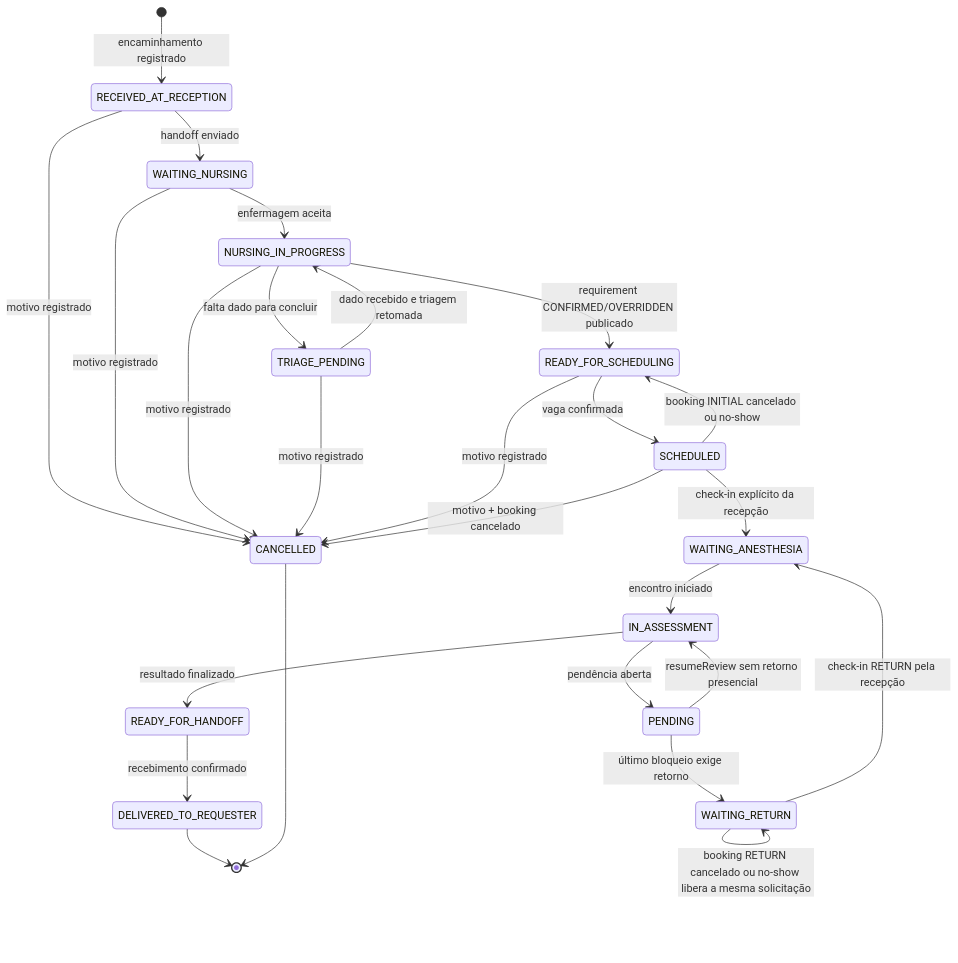
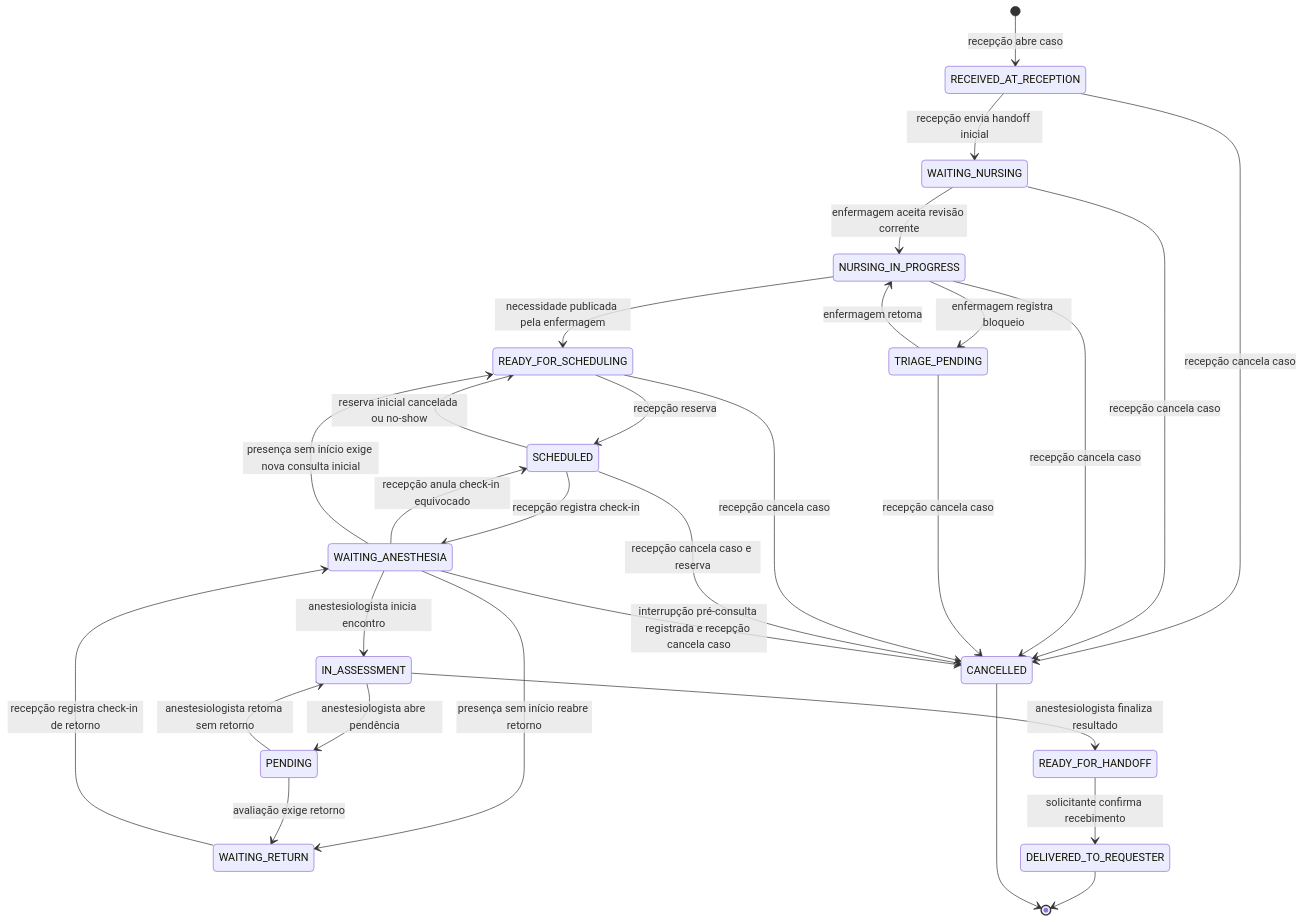
The diagram in hack/domains/ANALYST-caso-e-encaminhamento.md (nmarcofernandess/antessala), drawn with Mermaid before and after one commit. The commit also changed other lines of this file and 10 other files, not shown here.

````diff
--- a/hack/domains/ANALYST-caso-e-encaminhamento.md
+++ b/hack/domains/ANALYST-caso-e-encaminhamento.md
@@ -245,29 +299,31 @@
 ```mermaid
 stateDiagram-v2
-  [*] --> RECEIVED_AT_RECEPTION: encaminhamento registrado
-  RECEIVED_AT_RECEPTION --> WAITING_NURSING: handoff enviado
-  WAITING_NURSING --> NURSING_IN_PROGRESS: enfermagem aceita
-  NURSING_IN_PROGRESS --> TRIAGE_PENDING: falta dado para concluir
-  TRIAGE_PENDING --> NURSING_IN_PROGRESS: dado recebido e triagem retomada
-  NURSING_IN_PROGRESS --> READY_FOR_SCHEDULING: requirement CONFIRMED/OVERRIDDEN publicado
-  READY_FOR_SCHEDULING --> SCHEDULED: vaga confirmada
-  SCHEDULED --> READY_FOR_SCHEDULING: booking INITIAL cancelado ou no-show
-  SCHEDULED --> WAITING_ANESTHESIA: check-in explícito da recepção
-  WAITING_ANESTHESIA --> IN_ASSESSMENT: encontro iniciado
-  IN_ASSESSMENT --> PENDING: pendência aberta
-  PENDING --> IN_ASSESSMENT: resumeReview sem retorno presencial
-  PENDING --> WAITING_RETURN: último bloqueio exige retorno
-  WAITING_RETURN --> WAITING_RETURN: booking RETURN confirmado
-  WAITING_RETURN --> WAITING_RETURN: booking RETURN cancelado ou no-show libera a mesma solicitação
-  WAITING_RETURN --> WAITING_ANESTHESIA: check-in RETURN pela recepção
-  IN_ASSESSMENT --> READY_FOR_HANDOFF: resultado finalizado
-  READY_FOR_HANDOFF --> DELIVERED_TO_REQUESTER: recebimento confirmado
-  RECEIVED_AT_RECEPTION --> CANCELLED: motivo registrado
-  WAITING_NURSING --> CANCELLED: motivo registrado
-  NURSING_IN_PROGRESS --> CANCELLED: motivo registrado
-  TRIAGE_PENDING --> CANCELLED: motivo registrado
-  READY_FOR_SCHEDULING --> CANCELLED: motivo registrado
-  SCHEDULED --> CANCELLED: motivo + booking cancelado
+  [*] --> RECEIVED_AT_RECEPTION: recepção abre caso
+  RECEIVED_AT_RECEPTION --> WAITING_NURSING: recepção envia handoff inicial
+  WAITING_NURSING --> NURSING_IN_PROGRESS: enfermagem aceita revisão corrente
+  NURSING_IN_PROGRESS --> TRIAGE_PENDING: enfermagem registra bloqueio
+  TRIAGE_PENDING --> NURSING_IN_PROGRESS: enfermagem retoma
+  NURSING_IN_PROGRESS --> READY_FOR_SCHEDULING: necessidade publicada pela enfermagem
+  READY_FOR_SCHEDULING --> SCHEDULED: recepção reserva
+  SCHEDULED --> READY_FOR_SCHEDULING: reserva inicial cancelada ou no-show
+  SCHEDULED --> WAITING_ANESTHESIA: recepção registra check-in
+  WAITING_ANESTHESIA --> SCHEDULED: recepção anula check-in equivocado
+  WAITING_ANESTHESIA --> READY_FOR_SCHEDULING: presença sem início exige nova consulta inicial
+  WAITING_ANESTHESIA --> WAITING_RETURN: presença sem início reabre retorno
+  WAITING_ANESTHESIA --> IN_ASSESSMENT: anestesiologista inicia encontro
+  IN_ASSESSMENT --> PENDING: anestesiologista abre pendência
+  PENDING --> IN_ASSESSMENT: anestesiologista retoma sem retorno
+  PENDING --> WAITING_RETURN: avaliação exige retorno
+  WAITING_RETURN --> WAITING_ANESTHESIA: recepção registra check-in de retorno
+  IN_ASSESSMENT --> READY_FOR_HANDOFF: anestesiologista finaliza resultado
+  READY_FOR_HANDOFF --> DELIVERED_TO_REQUESTER: solicitante confirma recebimento
+  RECEIVED_AT_RECEPTION --> CANCELLED: recepção cancela caso
+  WAITING_NURSING --> CANCELLED: recepção cancela caso
+  NURSING_IN_PROGRESS --> CANCELLED: recepção cancela caso
+  TRIAGE_PENDING --> CANCELLED: recepção cancela caso
+  READY_FOR_SCHEDULING --> CANCELLED: recepção cancela caso
+  SCHEDULED --> CANCELLED: recepção cancela caso e reserva
+  WAITING_ANESTHESIA --> CANCELLED: interrupção pré-consulta registrada e recepção cancela caso
   DELIVERED_TO_REQUESTER --> [*]
   CANCELLED --> [*]
 ```
````
